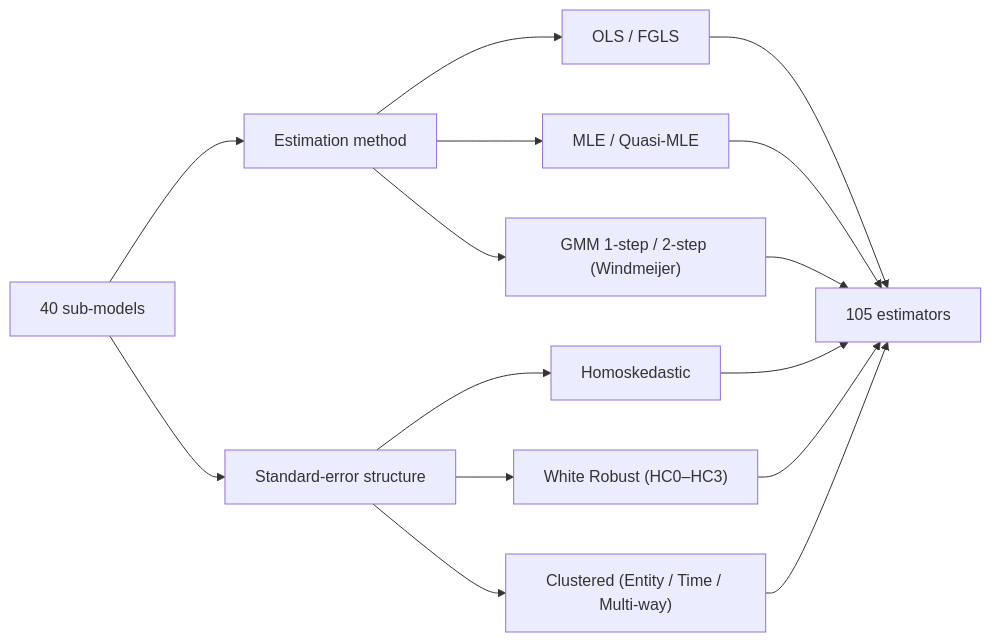
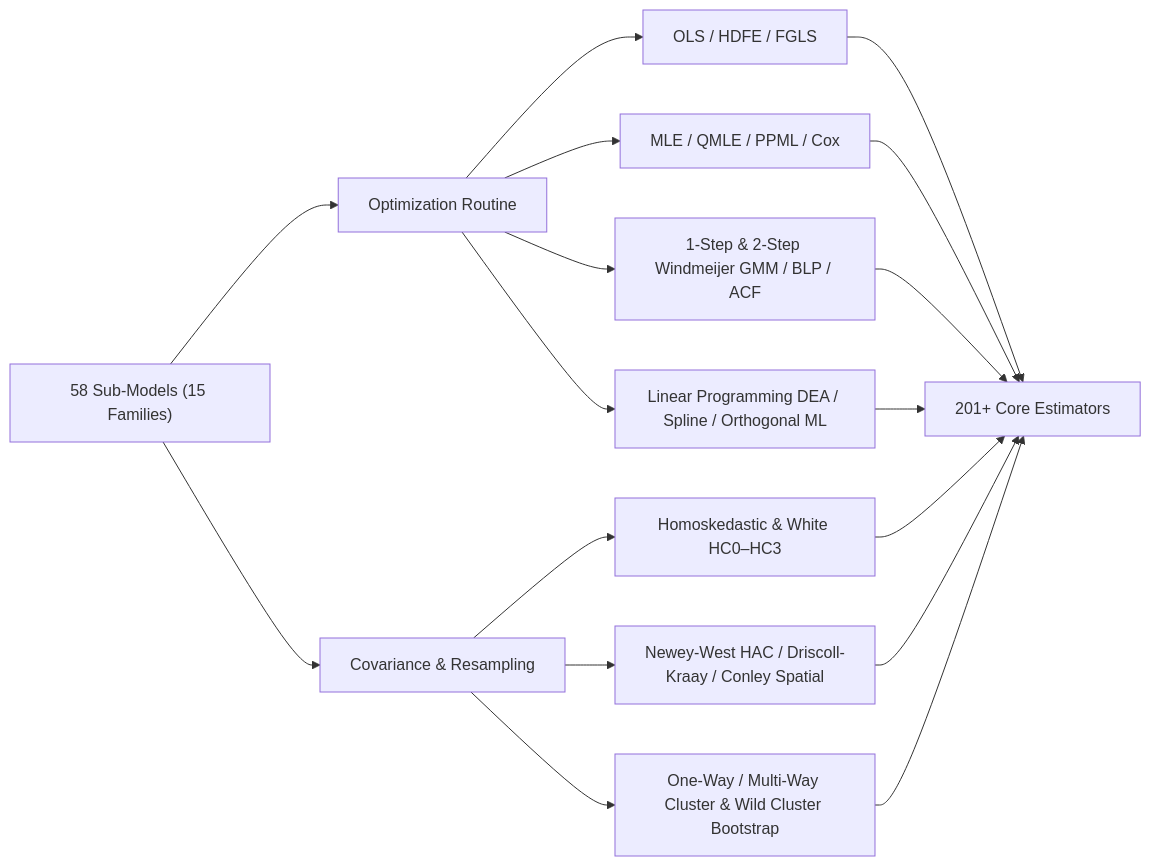
Before and after one commit to vietlod/docs: the second of 2 diagrams in i18n/en/docusaurus-plugin-content-docs/current/ecolab/model/group.md, drawn with Mermaid. The commit also changed other lines of this file and 41 other files, not shown here.

Commit message:
docs(ecosystem): update EcoData v3.82.0 and EcoLab v1.5.0 bilingual docs for 201+ models across 15 families and 2-stage curation

````diff
--- a/i18n/en/docusaurus-plugin-content-docs/current/ecolab/model/group.md
+++ b/i18n/en/docusaurus-plugin-content-docs/current/ecolab/model/group.md
@@ -71,17 +77,19 @@
 ```mermaid
 flowchart LR
-    M["40 sub-models"] --> O["Estimation method"]
-    M --> S["Standard-error structure"]
-    O --> O1["OLS / FGLS"]
-    O --> O2["MLE / Quasi-MLE"]
-    O --> O3["GMM 1-step / 2-step (Windmeijer)"]
-    S --> S1["Homoskedastic"]
-    S --> S2["White Robust (HC0–HC3)"]
-    S --> S3["Clustered (Entity / Time / Multi-way)"]
-    O1 --> R["105 estimators"]
+    M["58 Sub-Models (15 Families)"] --> O["Optimization Routine"]
+    M --> S["Covariance & Resampling"]
+    O --> O1["OLS / HDFE / FGLS"]
+    O --> O2["MLE / QMLE / PPML / Cox"]
+    O --> O3["1-Step & 2-Step Windmeijer GMM / BLP / ACF"]
+    O --> O4["Linear Programming DEA / Spline / Orthogonal ML"]
+    S --> S1["Homoskedastic & White HC0–HC3"]
+    S --> S2["Newey-West HAC / Driscoll-Kraay / Conley Spatial"]
+    S --> S3["One-Way / Multi-Way Cluster & Wild Cluster Bootstrap"]
+    O1 --> R["201+ Core Estimators"]
     O2 --> R
     O3 --> R
+    O4 --> R
     S1 --> R
     S2 --> R
     S3 --> R
 ```
````
